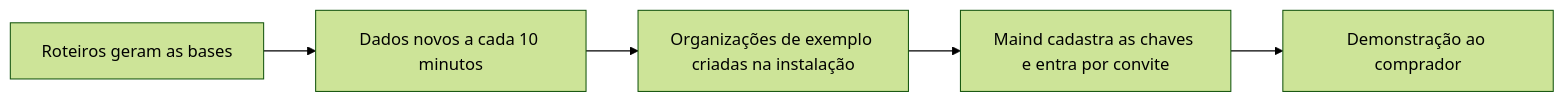
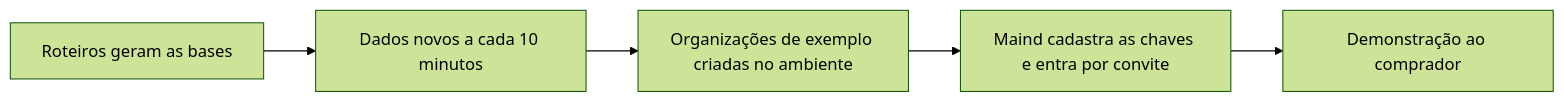
Before and after one commit to fabioabr/horus-v2-docs: the diagram in docs/leitura/mfs/mf-118-bases-de-demonstracao.md, drawn with Mermaid (forest theme). The commit also changed other lines of this file and 25 other files, not shown here.

````diff
--- a/docs/leitura/mfs/mf-118-bases-de-demonstracao.md
+++ b/docs/leitura/mfs/mf-118-bases-de-demonstracao.md
@@ -93,7 +118,7 @@
 ```mermaid
 flowchart LR
   g[Roteiros geram as bases] --> i[Dados novos a cada 10 minutos]
-  i --> s[Organizações de exemplo criadas na instalação]
+  i --> s[Organizações de exemplo criadas no ambiente]
   s --> c[Maind cadastra as chaves e entra por convite]
   c --> d[Demonstração ao comprador]
 ```
````
